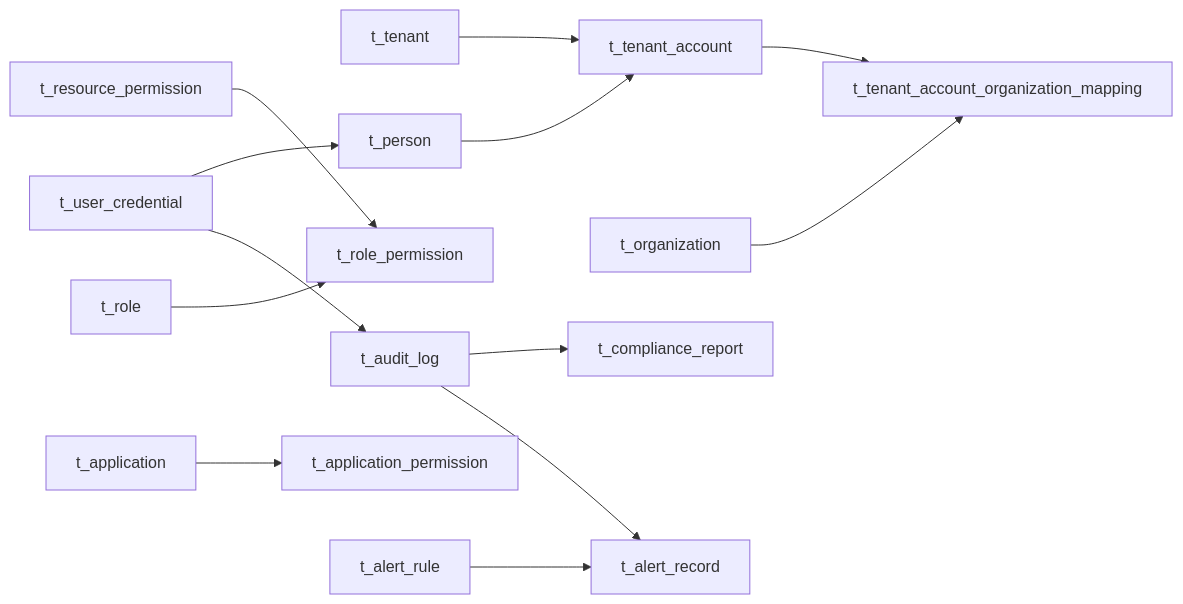
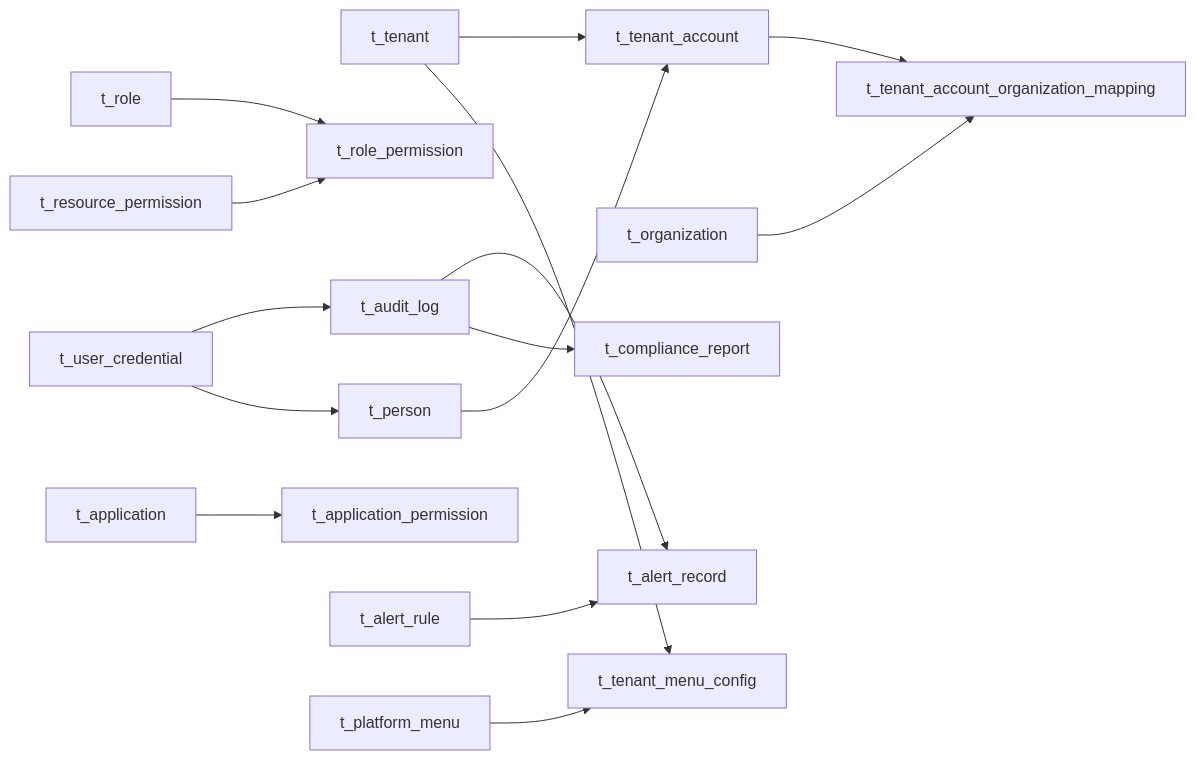
Before and after one commit to fq0121104930716/iam-platform: diagram 11 of 11 in .qoder/repowiki/zh/content/数据库设计/数据库架构/数据库架构.md, drawn with Mermaid. The commit also changed other lines of this file and 42 other files, not shown here.

````diff
--- a/.qoder/repowiki/zh/content/数据库设计/数据库架构/数据库架构.md
+++ b/.qoder/repowiki/zh/content/数据库设计/数据库架构/数据库架构.md
@@ -683,15 +678,17 @@
 ```mermaid
 graph LR
 Tenant["t_tenant"] --> TenantAccount["t_tenant_account"]
 Person["t_person"] --> TenantAccount
 TenantAccount --> OrgMap["t_tenant_account_organization_mapping"]
 Org["t_organization"] --> OrgMap
 Role["t_role"] --> RolePerm["t_role_permission"]
 ResPerm["t_resource_permission"] --> RolePerm
 App["t_application"] --> AppPerm["t_application_permission"]
 UserCredential["t_user_credential"] --> AuditLog["t_audit_log"]
 UserCredential --> Person["t_person"]
 AlertRule["t_alert_rule"] --> AlertRecord["t_alert_record"]
 AuditLog --> AlertRecord
 AuditLog --> ComplianceReport["t_compliance_report"]
+PlatformMenu["t_platform_menu"] --> TenantMenuConfig["t_tenant_menu_config"]
+Tenant --> TenantMenuConfig
 ```
````
